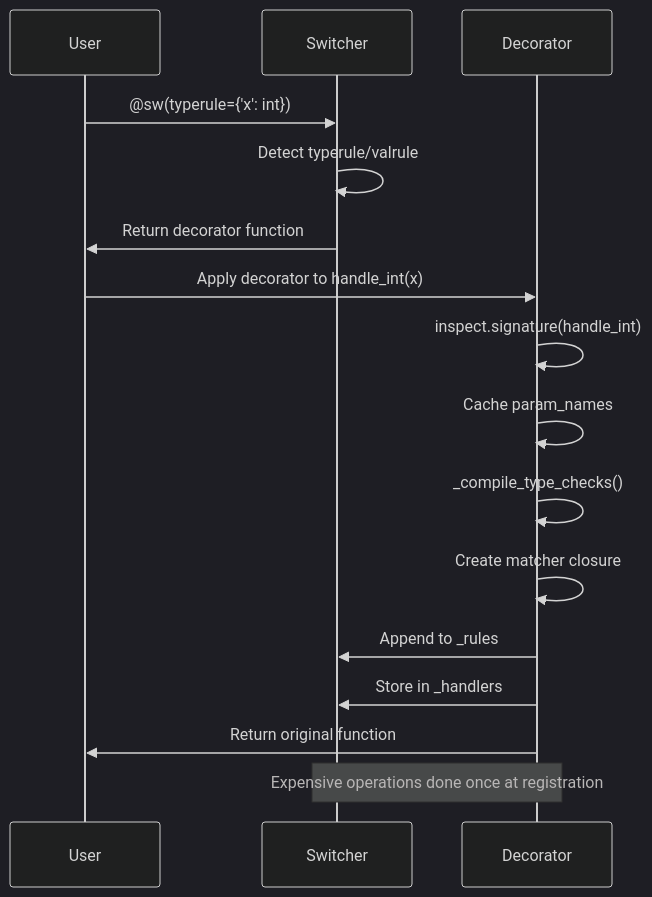
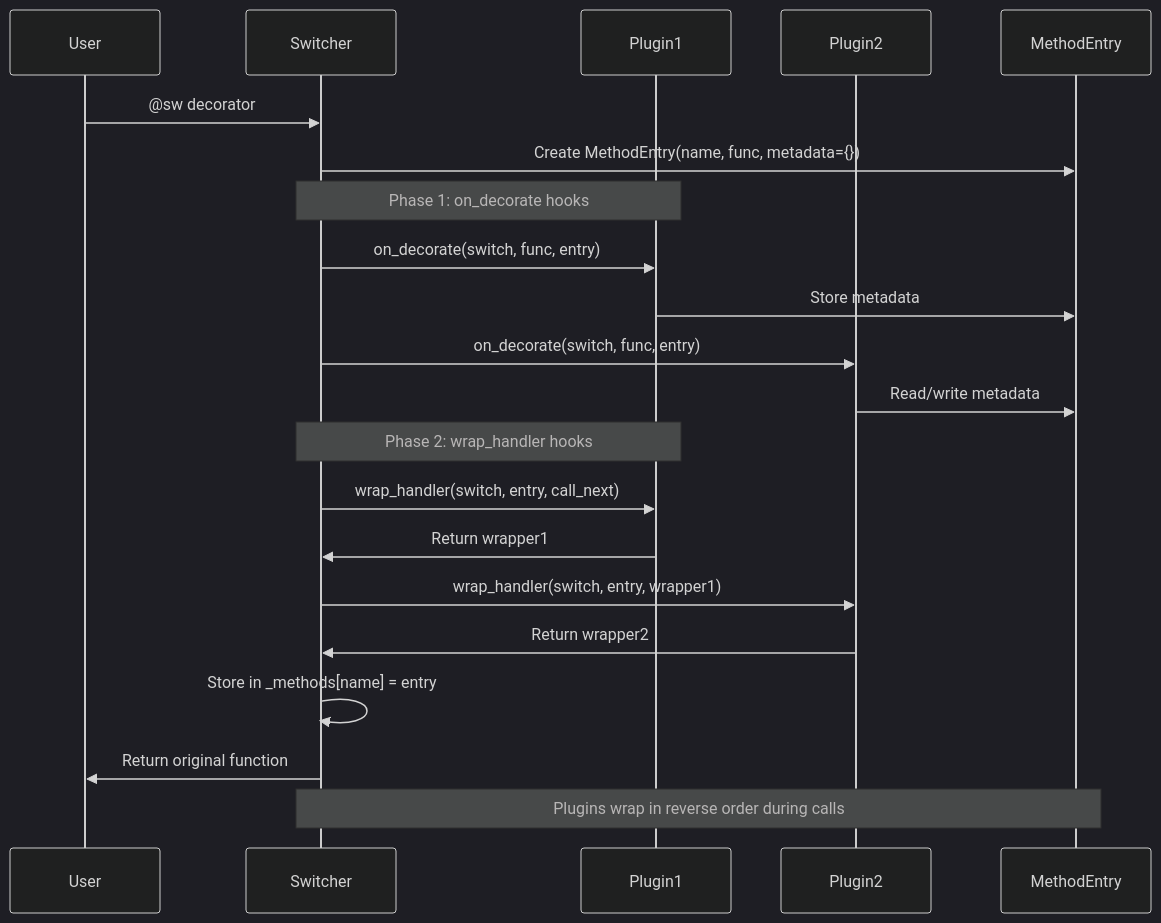
One commit to genropy/smartswitch changed the second of 5 diagrams in docs/appendix/architecture.md. Above: the diagram before and after it, drawn with Mermaid (dark theme). The commit also changed other lines of this file and 9 other files, not shown here.

First line of the commit message:
docs: align documentation with V2 architecture and add comprehensive tests

````diff
--- a/docs/appendix/architecture.md
+++ b/docs/appendix/architecture.md
@@ -68,21 +70,28 @@
 ```mermaid
 sequenceDiagram
     participant User
     participant Switcher
-    participant Decorator
+    participant Plugin1
+    participant Plugin2
+    participant MethodEntry
 
-    User->>Switcher: @sw(typerule={'x': int})
-    Switcher->>Switcher: Detect typerule/valrule
-    Switcher->>User: Return decorator function
+    User->>Switcher: @sw decorator
+    Switcher->>MethodEntry: Create MethodEntry(name, func, metadata={})
 
-    User->>Decorator: Apply decorator to handle_int(x)
-    Decorator->>Decorator: inspect.signature(handle_int)
-    Decorator->>Decorator: Cache param_names
-    Decorator->>Decorator: _compile_type_checks()
-    Decorator->>Decorator: Create matcher closure
-    Decorator->>Switcher: Append to _rules
-    Decorator->>Switcher: Store in _handlers
-    Decorator->>User: Return original function
+    Note over Switcher,Plugin1: Phase 1: on_decorate hooks
+    Switcher->>Plugin1: on_decorate(switch, func, entry)
+    Plugin1->>MethodEntry: Store metadata
+    Switcher->>Plugin2: on_decorate(switch, func, entry)
+    Plugin2->>MethodEntry: Read/write metadata
 
-    Note over Decorator,Switcher: Expensive operations done once at registration
+    Note over Switcher,Plugin1: Phase 2: wrap_handler hooks
+    Switcher->>Plugin1: wrap_handler(switch, entry, call_next)
+    Plugin1->>Switcher: Return wrapper1
+    Switcher->>Plugin2: wrap_handler(switch, entry, wrapper1)
+    Plugin2->>Switcher: Return wrapper2
+
+    Switcher->>Switcher: Store in _methods[name] = entry
+    Switcher->>User: Return original function
+
+    Note over Switcher,MethodEntry: Plugins wrap in reverse order during calls
 ```
````
